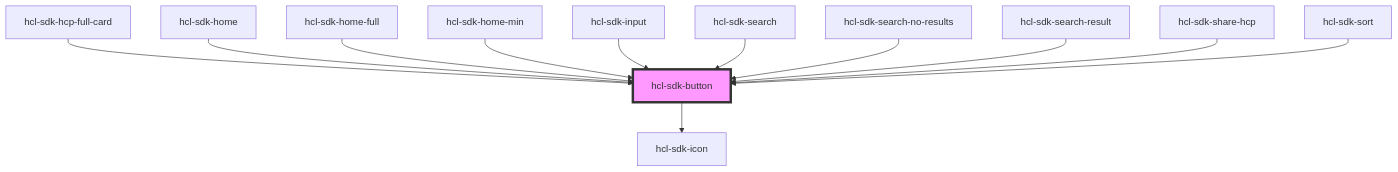
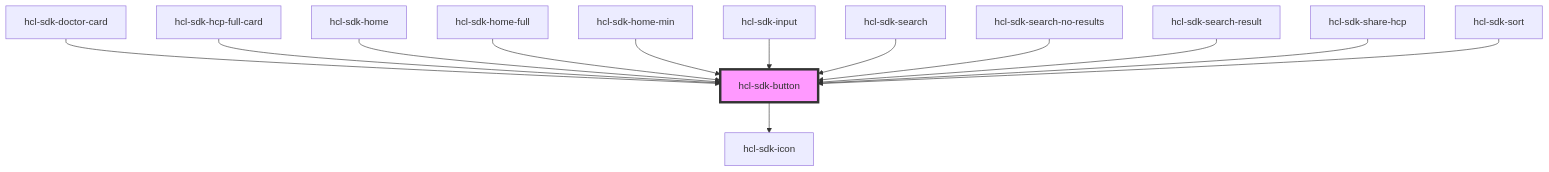
The diagram in packages/hcl-sdk-web-ui/docs/components/ui-kits/hcl-sdk-button/readme.md (hcl-sdk/HealthCareLocatorWebSDK), drawn with Mermaid before and after one commit. The commit also changed other lines of this file and 7 other files, not shown here.

````diff
--- a/packages/hcl-sdk-web-ui/docs/components/ui-kits/hcl-sdk-button/readme.md
+++ b/packages/hcl-sdk-web-ui/docs/components/ui-kits/hcl-sdk-button/readme.md
@@ -51,15 +52,16 @@
 ```mermaid
 graph TD;
   hcl-sdk-button --> hcl-sdk-icon
+  hcl-sdk-doctor-card --> hcl-sdk-button
   hcl-sdk-hcp-full-card --> hcl-sdk-button
   hcl-sdk-home --> hcl-sdk-button
   hcl-sdk-home-full --> hcl-sdk-button
   hcl-sdk-home-min --> hcl-sdk-button
   hcl-sdk-input --> hcl-sdk-button
   hcl-sdk-search --> hcl-sdk-button
   hcl-sdk-search-no-results --> hcl-sdk-button
   hcl-sdk-search-result --> hcl-sdk-button
   hcl-sdk-share-hcp --> hcl-sdk-button
   hcl-sdk-sort --> hcl-sdk-button
   style hcl-sdk-button fill:#f9f,stroke:#333,stroke-width:4px
 ```
````
